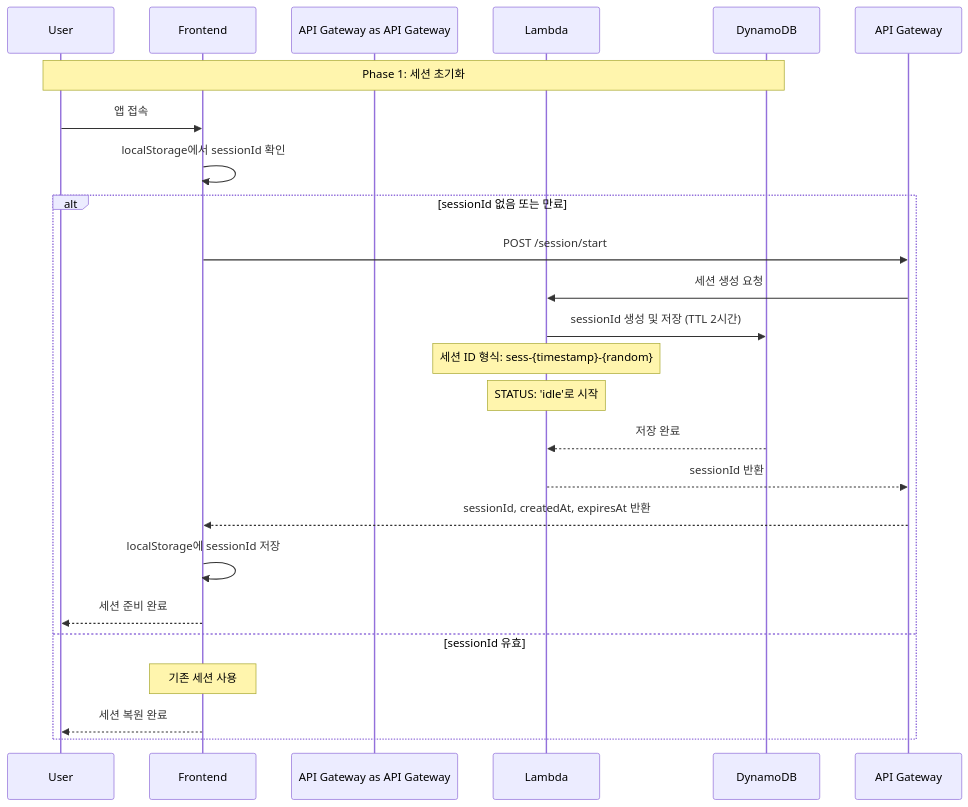
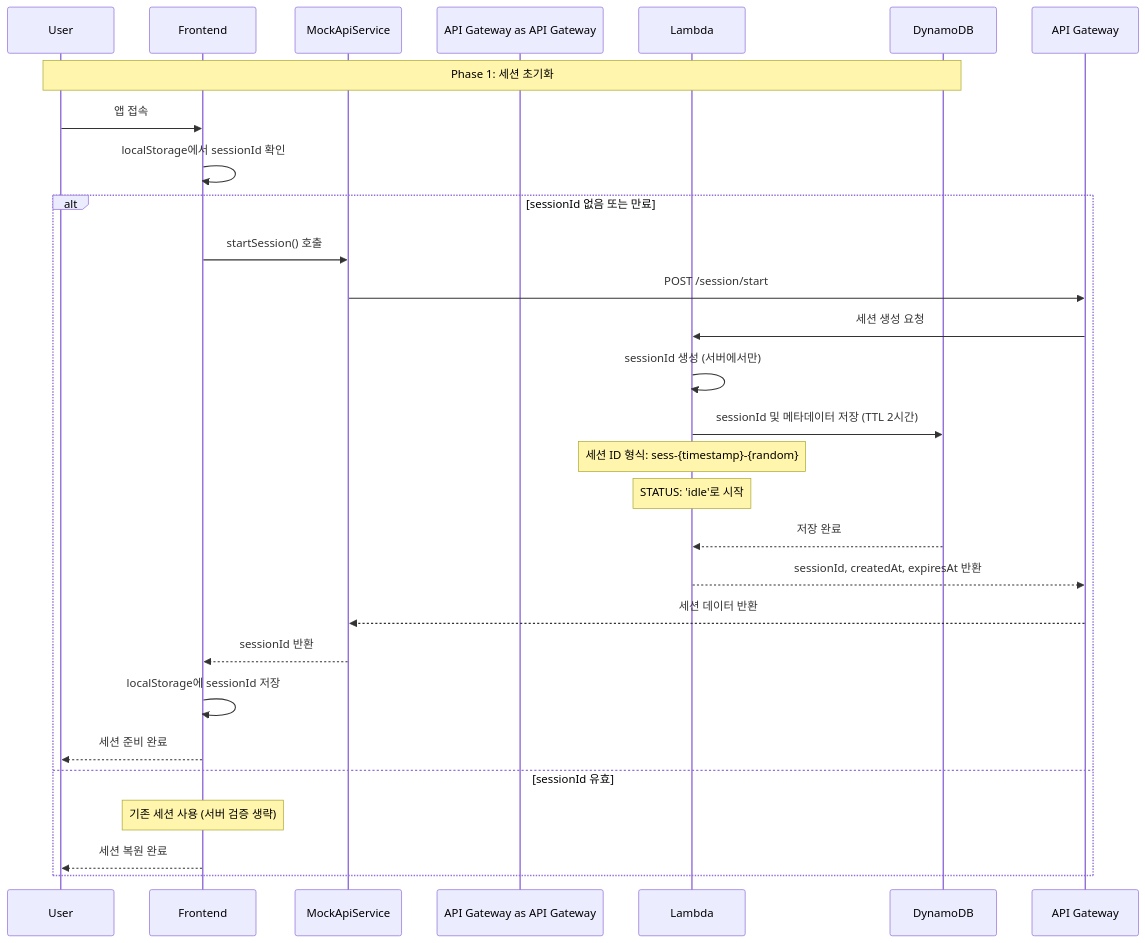
One commit to awsqhackathonXddeokssang/team21-aws-hackathon changed the diagram in docs/integration/sequences/PHASE1_INITIALIZATION.md. Above: the diagram before and after it, drawn with Mermaid. The commit also changed other lines of this file, not shown here.

Commit message:
Update session initialization docs to reflect proper client-server flow with MockApiService

````diff
--- a/docs/integration/sequences/PHASE1_INITIALIZATION.md
+++ b/docs/integration/sequences/PHASE1_INITIALIZATION.md
@@ -8,31 +8,35 @@
 ```mermaid
 sequenceDiagram
     participant User
     participant Frontend
+    participant MockApiService
     participant API Gateway as API Gateway
     participant Lambda
     participant DynamoDB
 
     Note over User, DynamoDB: Phase 1: 세션 초기화
 
     User->>Frontend: 앱 접속
     Frontend->>Frontend: localStorage에서 sessionId 확인
     
     alt sessionId 없음 또는 만료
-        Frontend->>API Gateway: POST /session/start
+        Frontend->>MockApiService: startSession() 호출
+        MockApiService->>API Gateway: POST /session/start
         API Gateway->>Lambda: 세션 생성 요청
-        Lambda->>DynamoDB: sessionId 생성 및 저장 (TTL 2시간)
+        Lambda->>Lambda: sessionId 생성 (서버에서만)
+        Lambda->>DynamoDB: sessionId 및 메타데이터 저장 (TTL 2시간)
         
         Note over Lambda: 세션 ID 형식: sess-{timestamp}-{random}
         Note over Lambda: STATUS: 'idle'로 시작
         
         DynamoDB-->>Lambda: 저장 완료
-        Lambda-->>API Gateway: sessionId 반환
-        API Gateway-->>Frontend: sessionId, createdAt, expiresAt 반환
+        Lambda-->>API Gateway: sessionId, createdAt, expiresAt 반환
+        API Gateway-->>MockApiService: 세션 데이터 반환
+        MockApiService-->>Frontend: sessionId 반환
         Frontend->>Frontend: localStorage에 sessionId 저장
         Frontend-->>User: 세션 준비 완료
     else sessionId 유효
-        Note over Frontend: 기존 세션 사용
+        Note over Frontend: 기존 세션 사용 (서버 검증 생략)
         Frontend-->>User: 세션 복원 완료
     end
 ```
````
